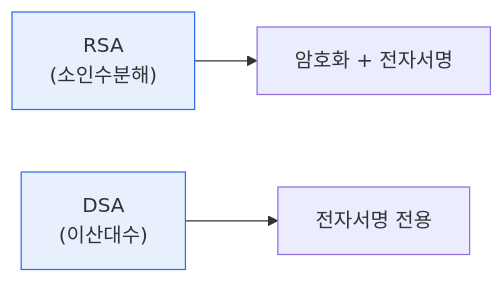
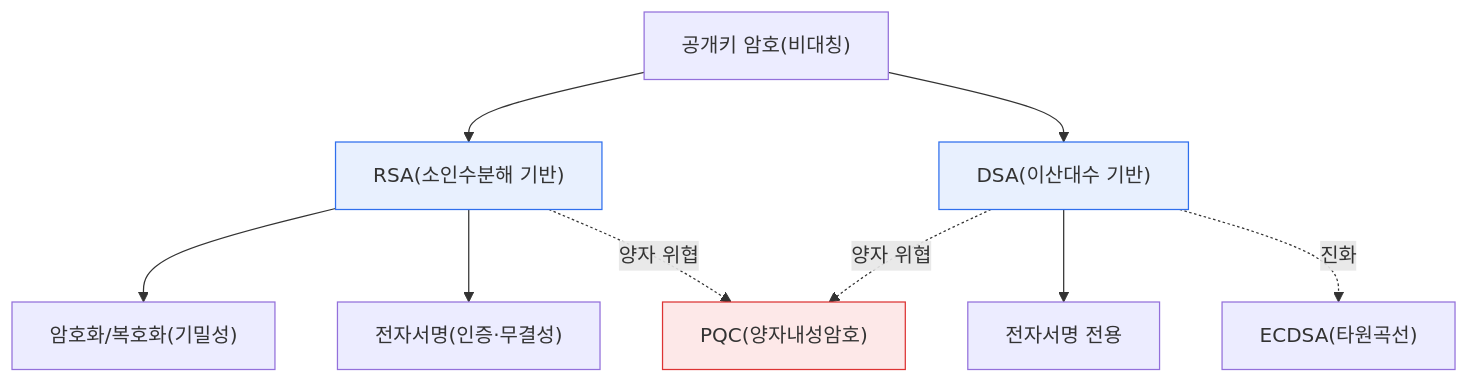
The first of 2 diagrams in content/rsa-dsa.md (coninggu/wjdqhrhksflrltnftk), drawn with Mermaid before and after one commit. The commit also changed other lines of this file and 3 other files, not shown here.

````diff
--- a/content/rsa-dsa.md
+++ b/content/rsa-dsa.md
@@ -18,7 +29,14 @@
 ```mermaid
-flowchart LR
-  RSA["RSA<br/>(소인수분해)"] --> RU["암호화 + 전자서명"]
-  DSA["DSA<br/>(이산대수)"] --> DU["전자서명 전용"]
+flowchart TB
+  PKC["공개키 암호(비대칭)"] --> RSA["RSA(소인수분해 기반)"]
+  PKC --> DSA["DSA(이산대수 기반)"]
+  RSA --> RE["암호화/복호화(기밀성)"]
+  RSA --> RS["전자서명(인증·무결성)"]
+  DSA --> DS["전자서명 전용"]
+  DSA -. 진화 .-> ECDSA["ECDSA(타원곡선)"]
+  RSA -. 양자 위협 .-> PQC["PQC(양자내성암호)"]
+  DSA -. 양자 위협 .-> PQC
   style RSA fill:#e8f0fe,stroke:#2f6fed
   style DSA fill:#e8f0fe,stroke:#2f6fed
+  style PQC fill:#fde8e8,stroke:#d33
 ```
````
